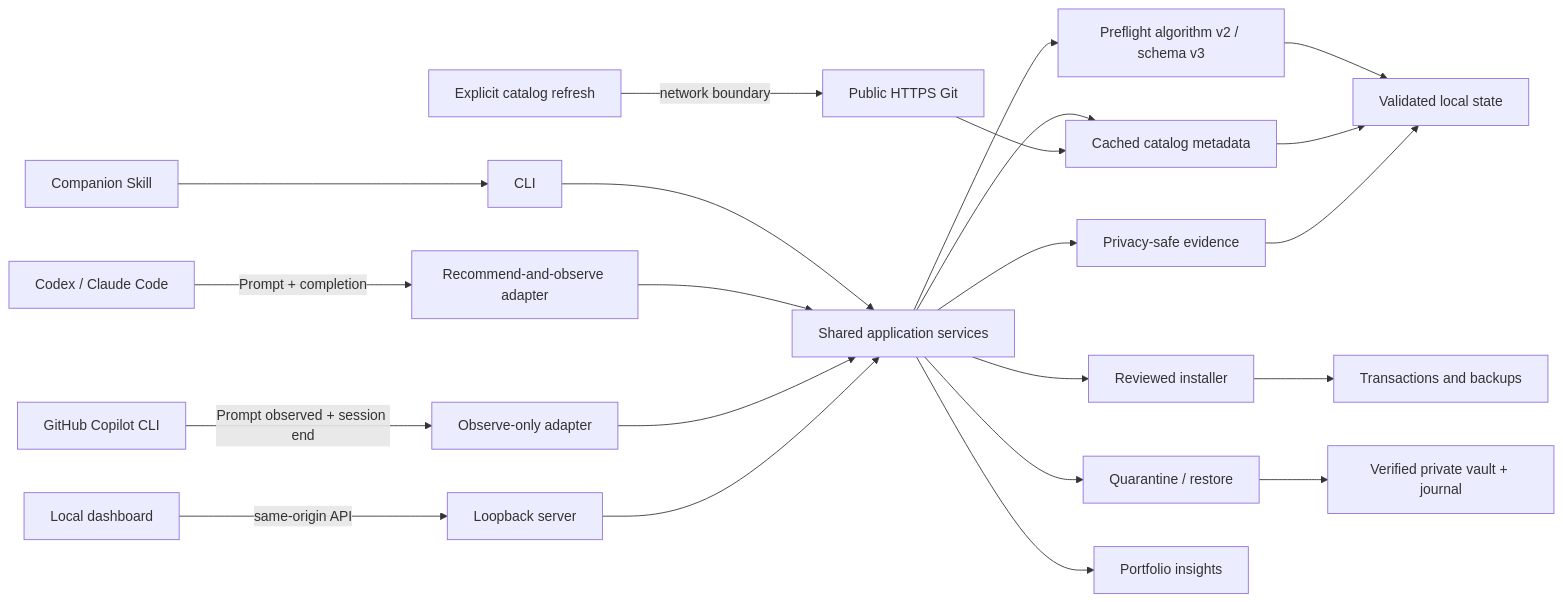
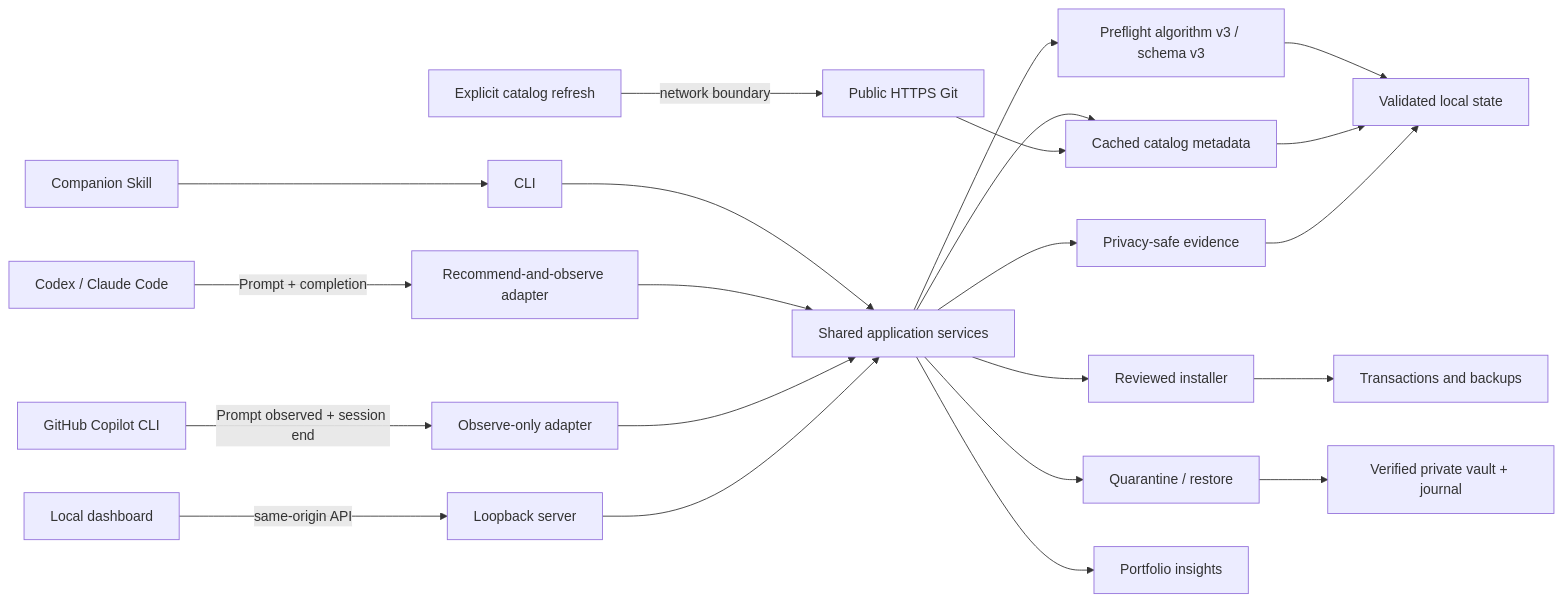
Before and after one commit to CongBao/skill-steward: the diagram in docs/architecture.md, drawn with Mermaid. The commit also changed other lines of this file and 72 other files, not shown here.

````diff
--- a/docs/architecture.md
+++ b/docs/architecture.md
@@ -5,24 +5,24 @@
 ```mermaid
 flowchart LR
   Harness[Codex / Claude Code] -->|Prompt + completion| Hook[Recommend-and-observe adapter]
   Copilot[GitHub Copilot CLI] -->|Prompt observed + session end| Observe[Observe-only adapter]
   Companion[Companion Skill] --> CLI[CLI]
   Browser[Local dashboard] -->|same-origin API| Server[Loopback server]
   CLI --> Services[Shared application services]
   Hook --> Services
   Observe --> Services
   Server --> Services
-  Services --> Preflight[Preflight algorithm v2 / schema v3]
+  Services --> Preflight[Preflight algorithm v3 / schema v3]
   Services --> Catalog[Cached catalog metadata]
   Services --> Installer[Reviewed installer]
   Services --> Evidence[Privacy-safe evidence]
   Services --> Governance[Quarantine / restore]
   Services --> Insights[Portfolio insights]
   Preflight --> Store[Validated local state]
   Catalog --> Store
   Installer --> Journal[Transactions and backups]
   Evidence --> Store
   Governance --> Vault[Verified private vault + journal]
   Refresh[Explicit catalog refresh] -->|network boundary| PublicGit[Public HTTPS Git]
   PublicGit --> Catalog
 ```
````
